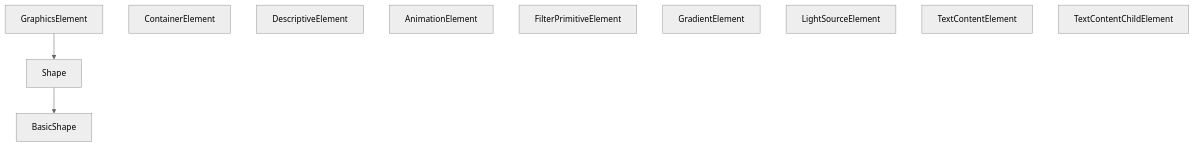
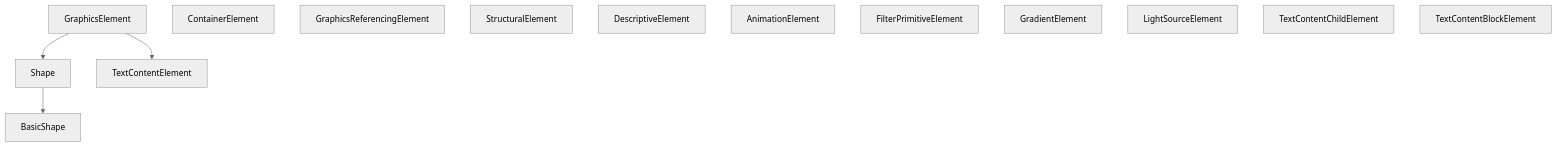
One commit to reznakt/svglab changed the diagram in docs/user-guide/traits.md. Above: the diagram before and after it, drawn with Mermaid (neutral theme). The commit also changed other lines of this file and 31 other files, not shown here.

````diff
--- a/docs/user-guide/traits.md
+++ b/docs/user-guide/traits.md
@@ -20,13 +20,16 @@
 ```mermaid
 graph TD
     GraphicsElement --> Shape
+    GraphicsElement --> TextContentElement
     Shape --> BasicShape
     ContainerElement
+    GraphicsReferencingElement
+    StructuralElement
     DescriptiveElement
     AnimationElement
     FilterPrimitiveElement
     GradientElement
     LightSourceElement
-    TextContentElement
     TextContentChildElement
+    TextContentBlockElement
 ```
````
